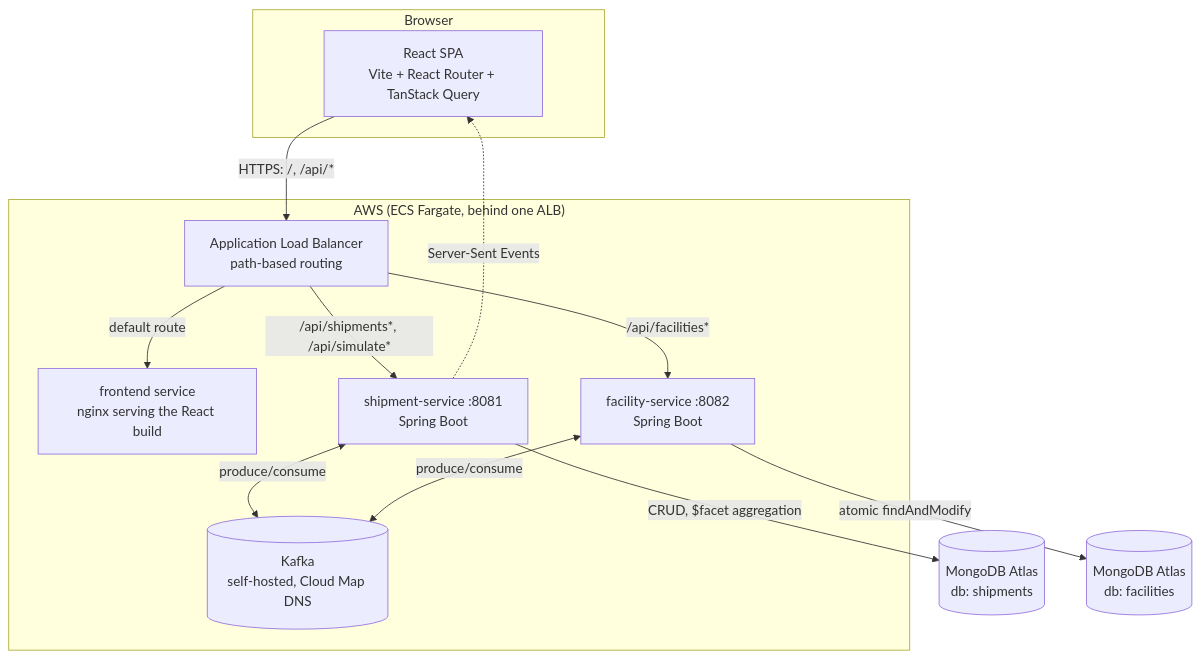
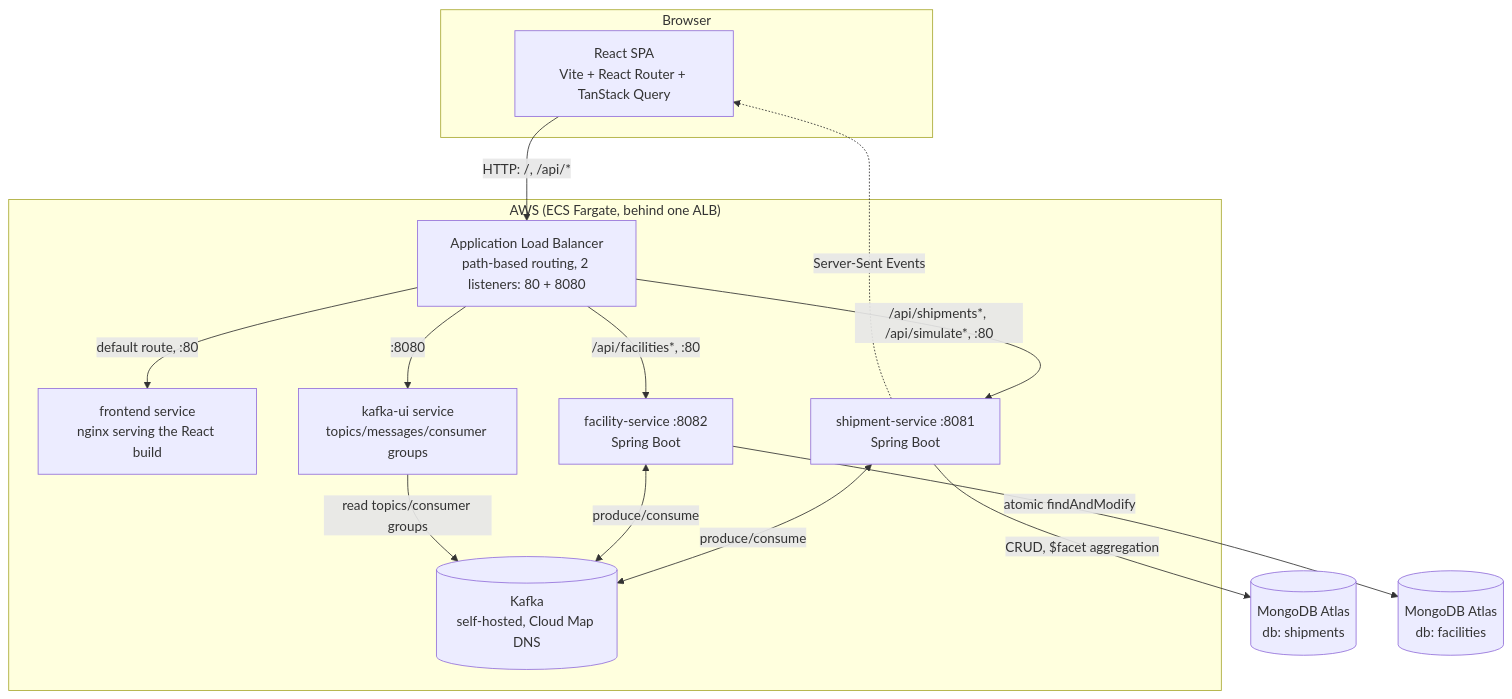
The first of 2 diagrams in README.md (ndevadigacloud/ups-tracker), drawn with Mermaid before and after one commit. The commit also changed other lines of this file and 12 other files, not shown here.

````diff
--- a/README.md
+++ b/README.md
@@ -32,30 +32,33 @@
 ```mermaid
 graph TB
     subgraph Browser
         UI[React SPA<br/>Vite + React Router + TanStack Query]
     end
 
     subgraph AWS["AWS (ECS Fargate, behind one ALB)"]
-        ALB[Application Load Balancer<br/>path-based routing]
+        ALB[Application Load Balancer<br/>path-based routing, 2 listeners: 80 + 8080]
         FE[frontend service<br/>nginx serving the React build]
         SS[shipment-service :8081<br/>Spring Boot]
         FS[facility-service :8082<br/>Spring Boot]
         KAFKA[(Kafka<br/>self-hosted, Cloud Map DNS)]
+        KUI[kafka-ui service<br/>topics/messages/consumer groups]
     end
 
     ATLAS[(MongoDB Atlas<br/>db: shipments)]
     ATLAS2[(MongoDB Atlas<br/>db: facilities)]
 
-    UI -->|HTTPS: /, /api/*| ALB
-    ALB -->|default route| FE
-    ALB -->|/api/shipments*, /api/simulate*| SS
-    ALB -->|/api/facilities*| FS
+    UI -->|HTTP: /, /api/*| ALB
+    ALB -->|default route, :80| FE
+    ALB -->|/api/shipments*, /api/simulate*, :80| SS
+    ALB -->|/api/facilities*, :80| FS
+    ALB -->|:8080| KUI
 
     SS <-->|produce/consume| KAFKA
     FS <-->|produce/consume| KAFKA
+    KUI -->|read topics/consumer groups| KAFKA
 
     SS -->|CRUD, $facet aggregation| ATLAS
     FS -->|atomic findAndModify| ATLAS2
 
     SS -.->|Server-Sent Events| UI
 ```
````
